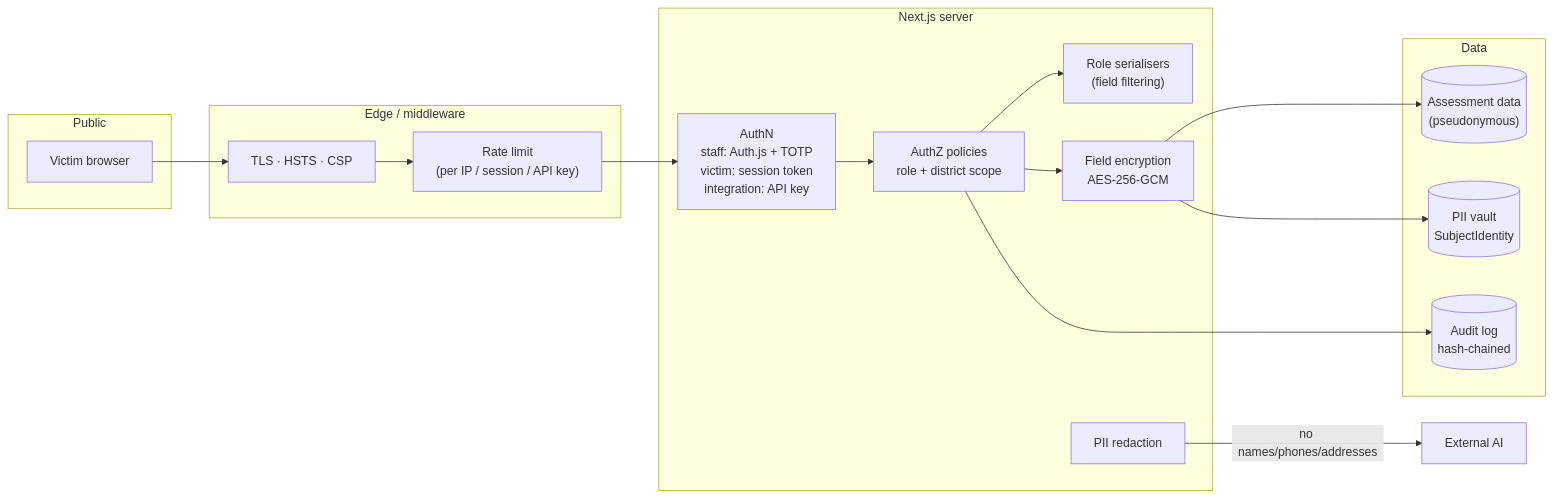
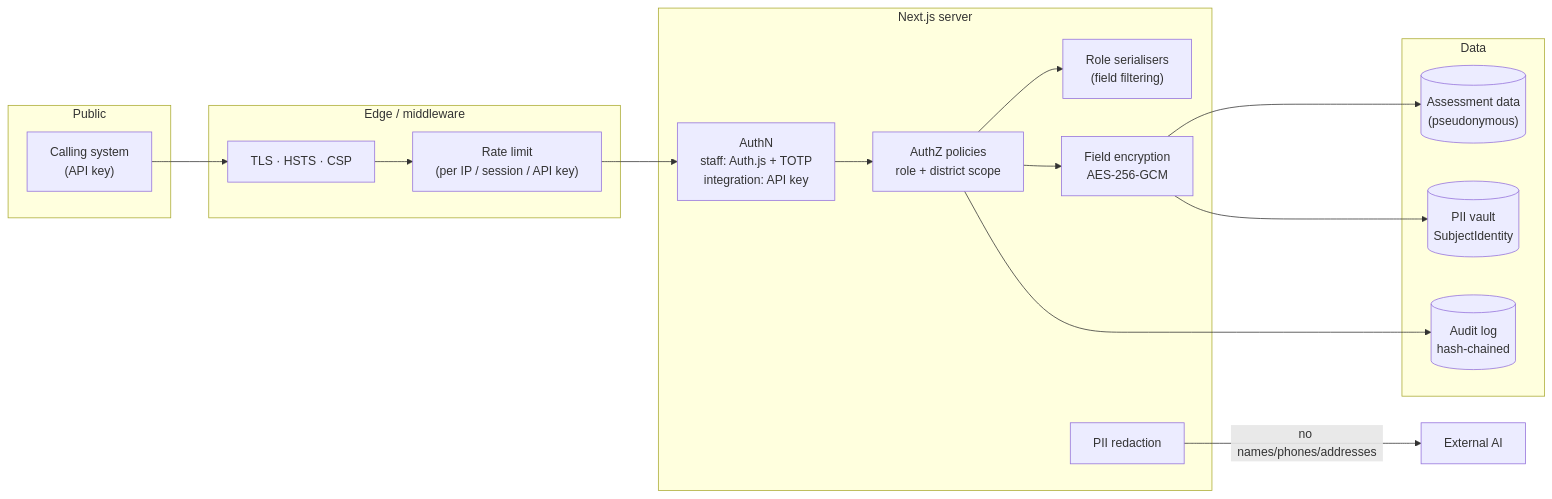
One commit to anushkaa2205/AI-Based-Real-Time-Stress-and-Trauma-Assessment-Module changed the tenth of 11 diagrams in docs/ARCHITECTURE.md. Above: the diagram before and after it, drawn with Mermaid. The commit also changed other lines of this file and 6 other files, not shown here.

Commit message:
docs: restate the spec as a plug-in module; remove FR-SCR, the screener source, IVR_KEYPRESS and the victim API; OV-9 from words; add Phase M (M.1)

````diff
--- a/docs/ARCHITECTURE.md
+++ b/docs/ARCHITECTURE.md
@@ -424,29 +426,29 @@
 ```mermaid
 flowchart LR
     subgraph Public
-        V["Victim browser"]
+        V["Calling system<br/>(API key)"]
     end
     subgraph Edge["Edge / middleware"]
         TLS["TLS · HSTS · CSP"]
         RL["Rate limit<br/>(per IP / session / API key)"]
     end
     subgraph App["Next.js server"]
-        AUTH["AuthN<br/>staff: Auth.js + TOTP<br/>victim: session token<br/>integration: API key"]
+        AUTH["AuthN<br/>staff: Auth.js + TOTP<br/>integration: API key"]
         RBAC["AuthZ policies<br/>role + district scope"]
         SER["Role serialisers<br/>(field filtering)"]
         RED["PII redaction"]
         ENC["Field encryption<br/>AES-256-GCM"]
     end
     subgraph Data
         DBA[("Assessment data<br/>(pseudonymous)")]
         DBP[("PII vault<br/>SubjectIdentity")]
         AUD[("Audit log<br/>hash-chained")]
     end
     AI["External AI"]
 
     V --> TLS --> RL --> AUTH --> RBAC --> SER
     RBAC --> ENC --> DBA
     ENC --> DBP
     RBAC --> AUD
     RED -- "no names/phones/addresses" --> AI
 ```
````
